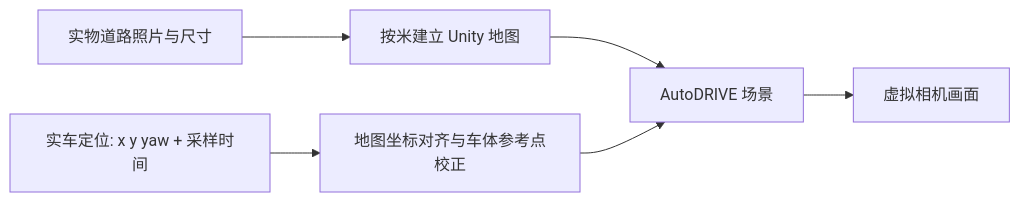
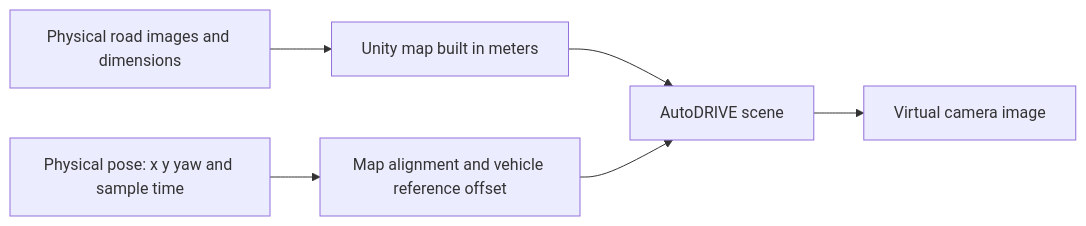
Before and after one commit to RU0804/TraCR-neoracer-demo: the diagram in docs/MAP_WORKFLOW.md, drawn with Mermaid. The commit also changed other lines of this file and 14 other files, not shown here.

````diff
--- a/docs/MAP_WORKFLOW.md
+++ b/docs/MAP_WORKFLOW.md
@@ -42,8 +42,8 @@
 ```mermaid
 flowchart LR
-    A[实物道路照片与尺寸] --> B[按米建立 Unity 地图]
-    C[实车定位: x y yaw + 采样时间] --> D[地图坐标对齐与车体参考点校正]
-    B --> E[AutoDRIVE 场景]
+    A[Physical road images and dimensions] --> B[Unity map built in meters]
+    C[Physical pose: x y yaw and sample time] --> D[Map alignment and vehicle reference offset]
+    B --> E[AutoDRIVE scene]
     D --> E
-    E --> F[虚拟相机画面]
+    E --> F[Virtual camera image]
 ```
````
